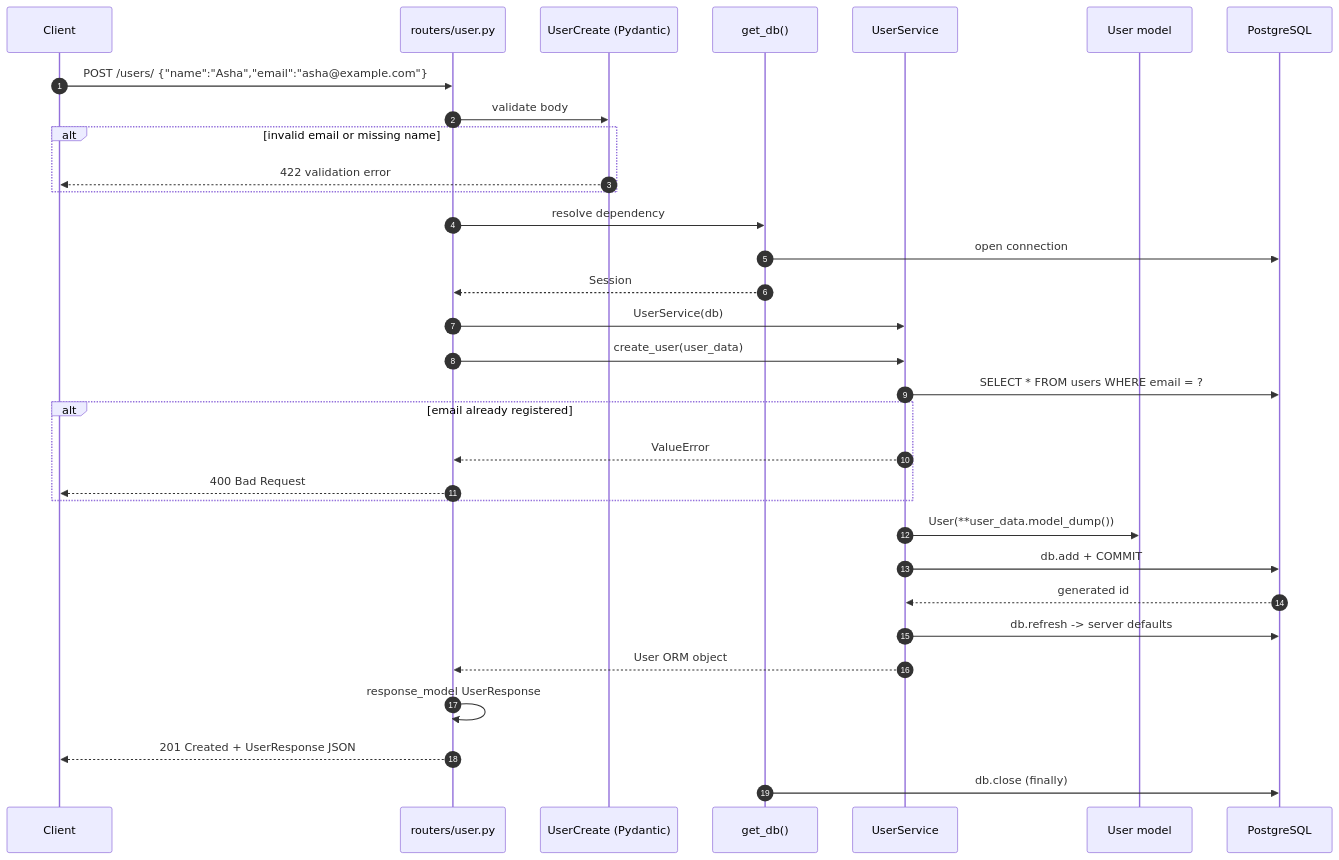
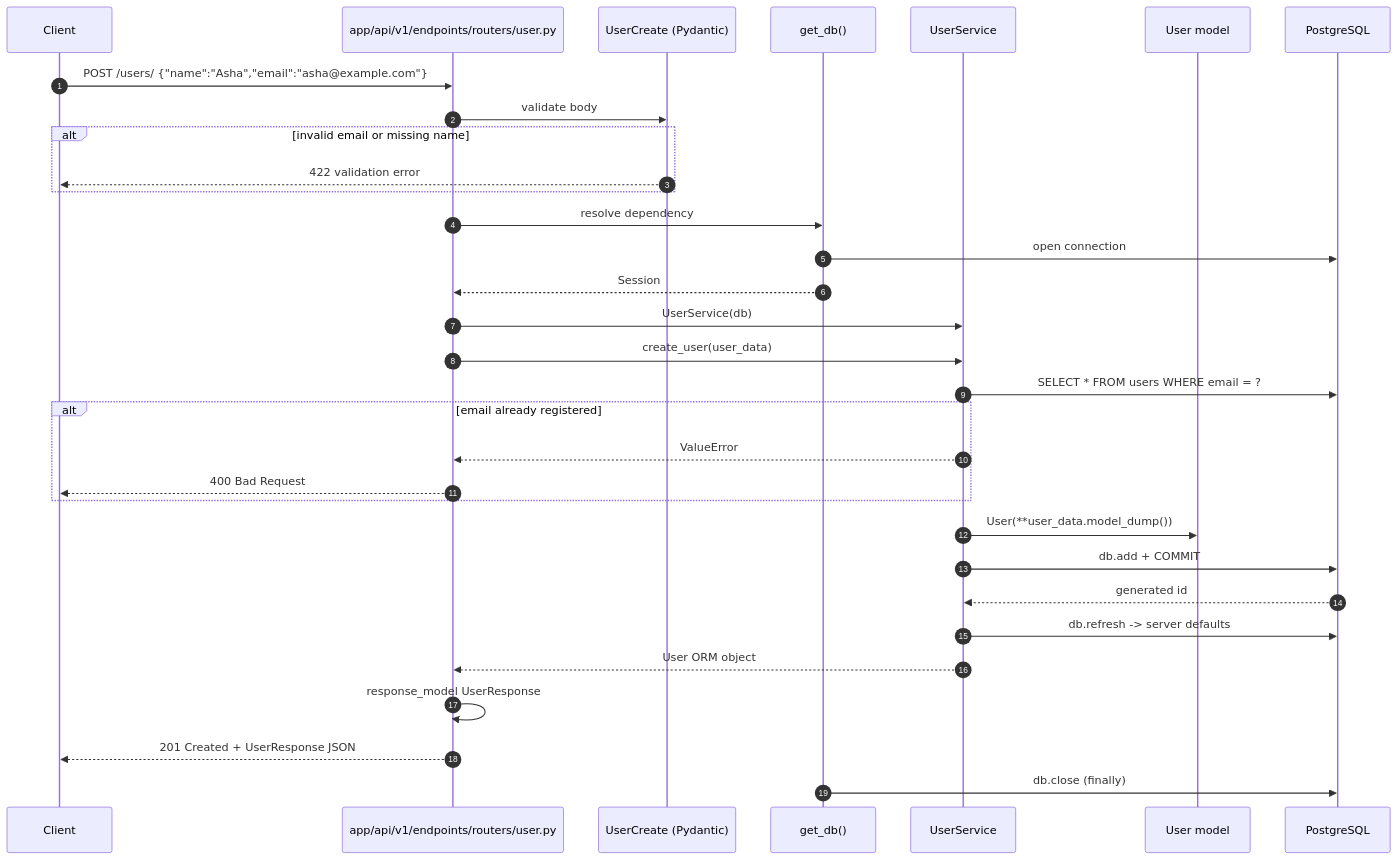
Before and after one commit to abhijeetBhale/FastAPI: the third of 8 diagrams in awesome-project/README.md, drawn with Mermaid. The commit also changed other lines of this file and 145 other files, not shown here.

````diff
--- a/awesome-project/README.md
+++ b/awesome-project/README.md
@@ -267,35 +270,35 @@
 ```mermaid
 sequenceDiagram
     autonumber
     participant C as Client
-    participant R as routers/user.py
+    participant R as app/api/v1/endpoints/routers/user.py
     participant S as UserCreate (Pydantic)
     participant D as get_db()
     participant US as UserService
     participant M as User model
     participant DB as PostgreSQL
 
     C->>R: POST /users/ {"name":"Asha","email":"asha@example.com"}
     R->>S: validate body
     alt invalid email or missing name
         S-->>C: 422 validation error
     end
     R->>D: resolve dependency
     D->>DB: open connection
     D-->>R: Session
     R->>US: UserService(db)
     R->>US: create_user(user_data)
     US->>DB: SELECT * FROM users WHERE email = ?
     alt email already registered
         US-->>R: ValueError
         R-->>C: 400 Bad Request
     end
     US->>M: User(**user_data.model_dump())
     US->>DB: db.add + COMMIT
     DB-->>US: generated id
     US->>DB: db.refresh -> server defaults
     US-->>R: User ORM object
     R->>R: response_model UserResponse
     R-->>C: 201 Created + UserResponse JSON
     D->>DB: db.close (finally)
 ```
````
